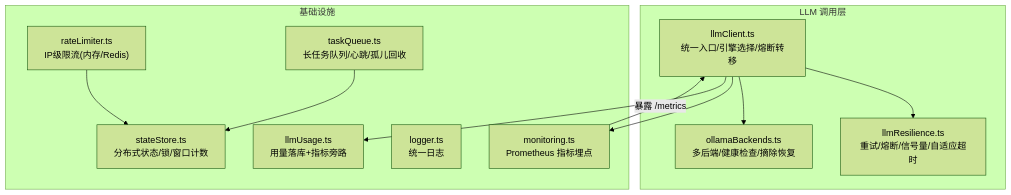
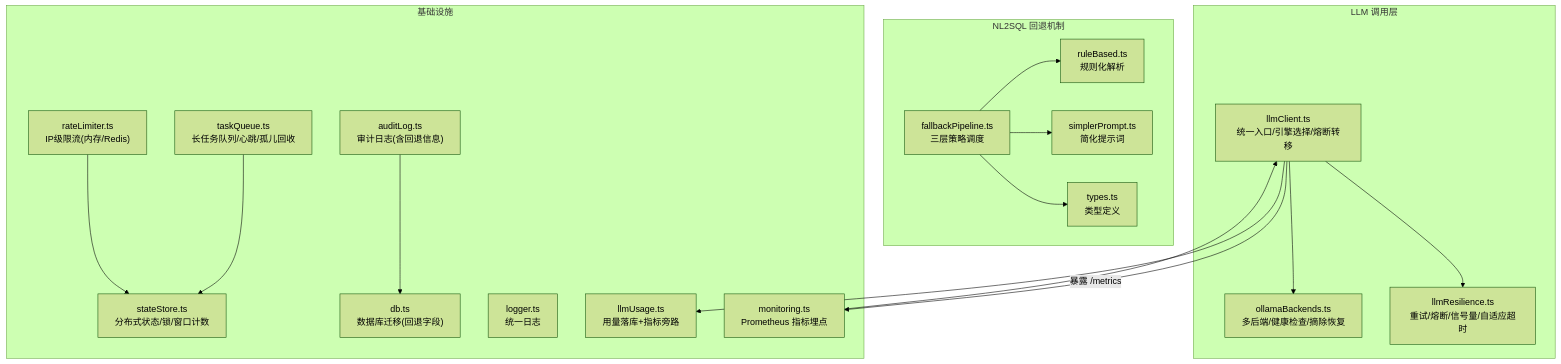
One commit to dgjin/smart-data-analytics changed the first of 12 diagrams in .qoder/repowiki/zh/content/AI与LLM集成/容错与故障转移.md. Above: the diagram before and after it, drawn with Mermaid (forest theme). The commit also changed other lines of this file and 10 other files, not shown here.

````diff
--- a/.qoder/repowiki/zh/content/AI与LLM集成/容错与故障转移.md
+++ b/.qoder/repowiki/zh/content/AI与LLM集成/容错与故障转移.md
@@ -42,23 +58,35 @@
 ```mermaid
 graph TB
 subgraph "LLM 调用层"
 A["llmClient.ts<br/>统一入口/引擎选择/熔断转移"]
 B["llmResilience.ts<br/>重试/熔断/信号量/自适应超时"]
 C["ollamaBackends.ts<br/>多后端/健康检查/摘除恢复"]
 end
+subgraph "NL2SQL 回退机制"
+D["fallbackPipeline.ts<br/>三层策略调度"]
+E["ruleBased.ts<br/>规则化解析"]
+F["simplerPrompt.ts<br/>简化提示词"]
+G["types.ts<br/>类型定义"]
+end
 subgraph "基础设施"
-D["rateLimiter.ts<br/>IP级限流(内存/Redis)"]
-E["taskQueue.ts<br/>长任务队列/心跳/孤儿回收"]
-F["monitoring.ts<br/>Prometheus 指标埋点"]
-G["stateStore.ts<br/>分布式状态/锁/窗口计数"]
-H["logger.ts<br/>统一日志"]
-I["llmUsage.ts<br/>用量落库+指标旁路"]
+H["rateLimiter.ts<br/>IP级限流(内存/Redis)"]
+I["taskQueue.ts<br/>长任务队列/心跳/孤儿回收"]
+J["monitoring.ts<br/>Prometheus 指标埋点"]
+K["stateStore.ts<br/>分布式状态/锁/窗口计数"]
+L["logger.ts<br/>统一日志"]
+M["llmUsage.ts<br/>用量落库+指标旁路"]
+N["auditLog.ts<br/>审计日志(含回退信息)"]
+O["db.ts<br/>数据库迁移(回退字段)"]
 end
 A --> B
 A --> C
-A --> F
-A --> I
+A --> J
+A --> M
+D --> E
+D --> F
 D --> G
-E --> G
-F --> |"暴露 /metrics"| A
+N --> O
+H --> K
+I --> K
+J --> |"暴露 /metrics"| A
 ```
````
